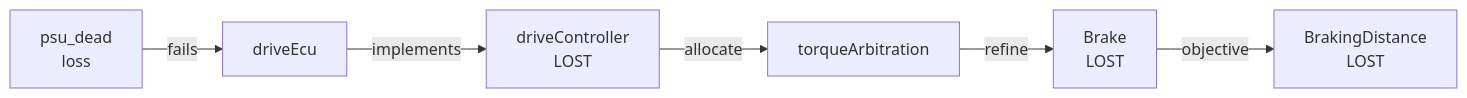
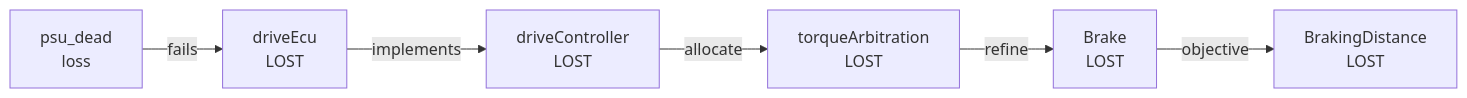
Before and after one commit to PerTengkvist/sysmlviewer: the third of 3 diagrams in examples/electric_car/fmea/docs/fmea-report.md, drawn with Mermaid. The commit also changed other lines of this file and 15 other files, not shown here.

````diff
--- a/examples/electric_car/fmea/docs/fmea-report.md
+++ b/examples/electric_car/fmea/docs/fmea-report.md
@@ -79,14 +79,14 @@
 ```mermaid
 flowchart LR
     m_psu_dead["psu_dead<br/>loss"]
-    n0_driveEcu["driveEcu"]
+    n0_driveEcu["driveEcu<br/>LOST"]
     n1_driveController["driveController<br/>LOST"]
-    n2_torqueArbitration["torqueArbitration"]
+    n2_torqueArbitration["torqueArbitration<br/>LOST"]
     n3_Brake["Brake<br/>LOST"]
     n4_BrakingDistance["BrakingDistance<br/>LOST"]
     m_psu_dead -->|fails| n0_driveEcu
     n0_driveEcu -->|implements| n1_driveController
     n1_driveController -->|allocate| n2_torqueArbitration
     n2_torqueArbitration -->|refine| n3_Brake
     n3_Brake -->|objective| n4_BrakingDistance
 ```
````
